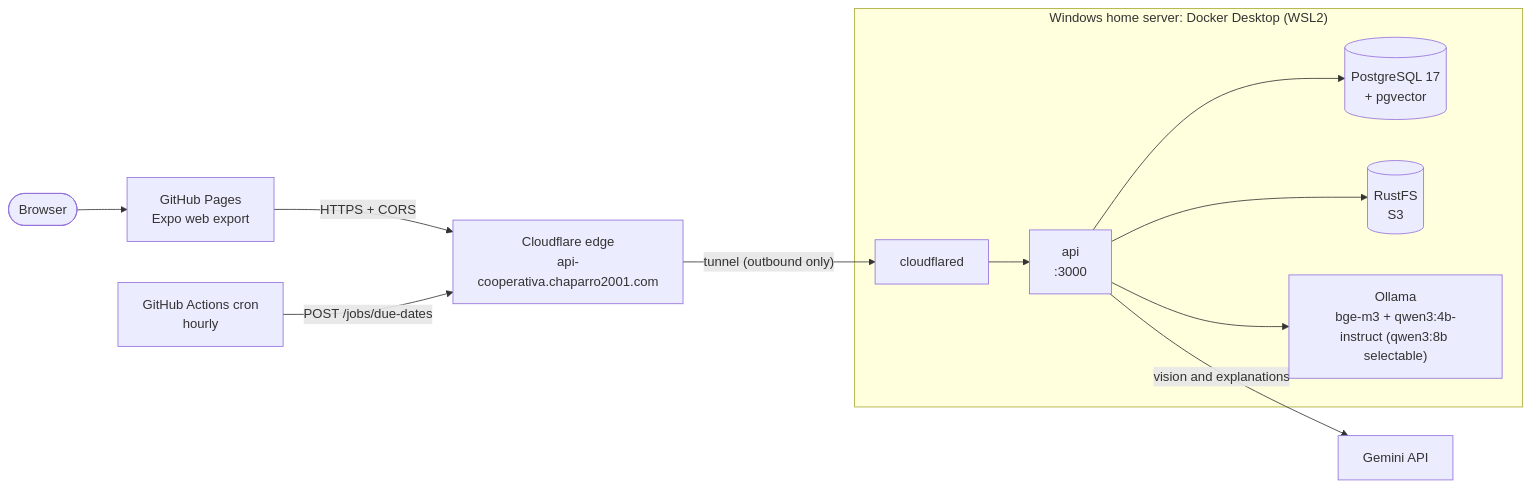
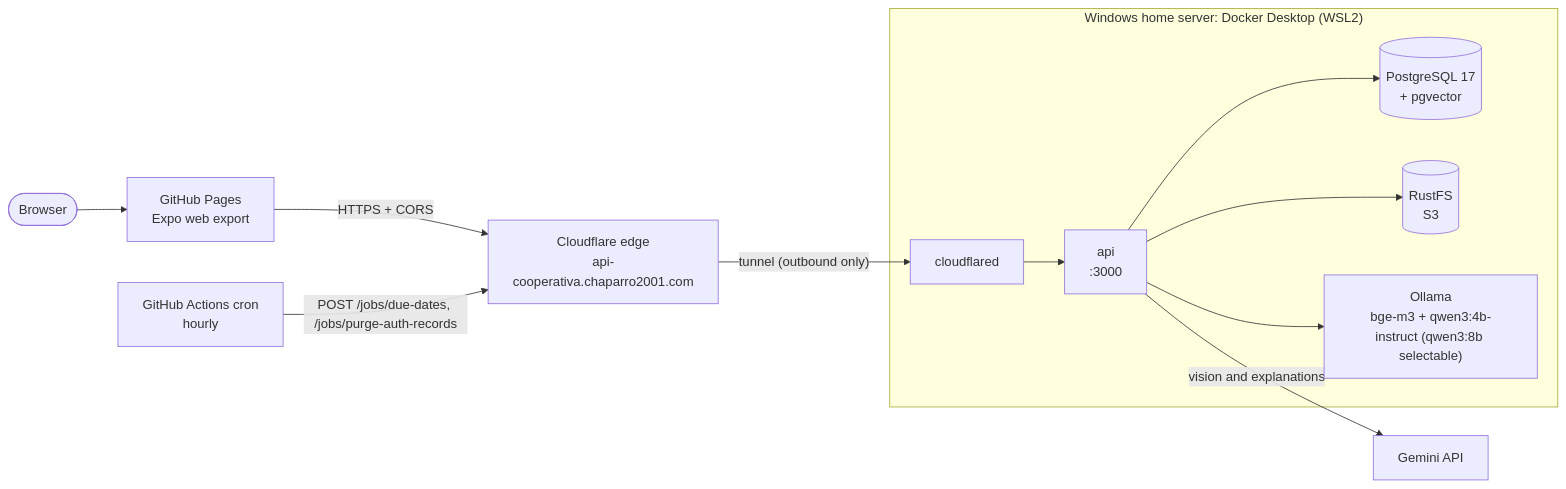
The diagram in docs/04-deployment.md (chaparro2001/multiCooperativa), drawn with Mermaid before and after one commit. The commit also changed other lines of this file and 14 other files, not shown here.

First line of the commit message:
feat(access): FK indexes and hourly purge of expired sessions and old failed logins (NFR-ACC-02, BR-ACC-11)

````diff
--- a/docs/04-deployment.md
+++ b/docs/04-deployment.md
@@ -7,14 +7,14 @@
 ```mermaid
 flowchart LR
   user([Browser]) --> pages["GitHub Pages<br/>Expo web export"]
   pages -- "HTTPS + CORS" --> cf["Cloudflare edge<br/>api-cooperativa.chaparro2001.com"]
   cf -- "tunnel (outbound only)" --> cloudflared
   subgraph server ["Windows home server: Docker Desktop (WSL2)"]
     cloudflared["cloudflared"] --> api["api<br/>:3000"]
     api --> pg[("PostgreSQL 17<br/>+ pgvector")]
     api --> s3[("RustFS<br/>S3")]
     api --> ollama["Ollama<br/>bge-m3 + qwen3:4b-instruct (qwen3:8b selectable)"]
   end
   api -- "vision and explanations" --> gemini["Gemini API"]
-  cron["GitHub Actions cron<br/>hourly"] -- "POST /jobs/due-dates" --> cf
+  cron["GitHub Actions cron<br/>hourly"] -- "POST /jobs/due-dates, /jobs/purge-auth-records" --> cf
 ```
````
